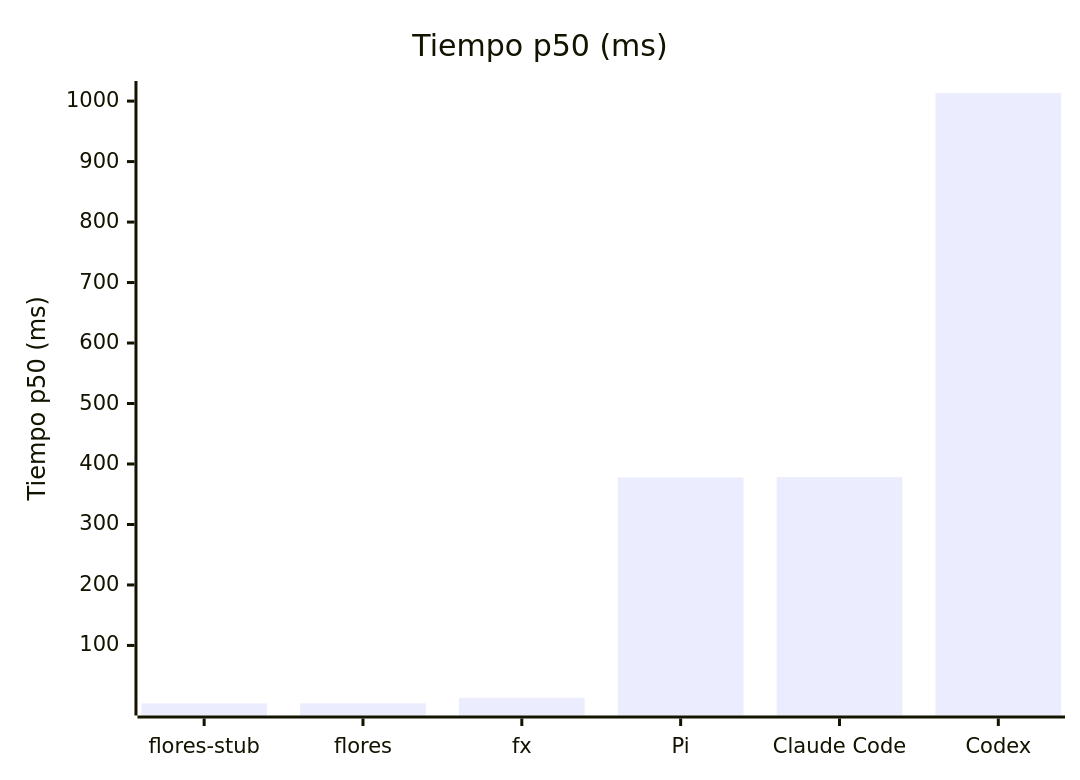
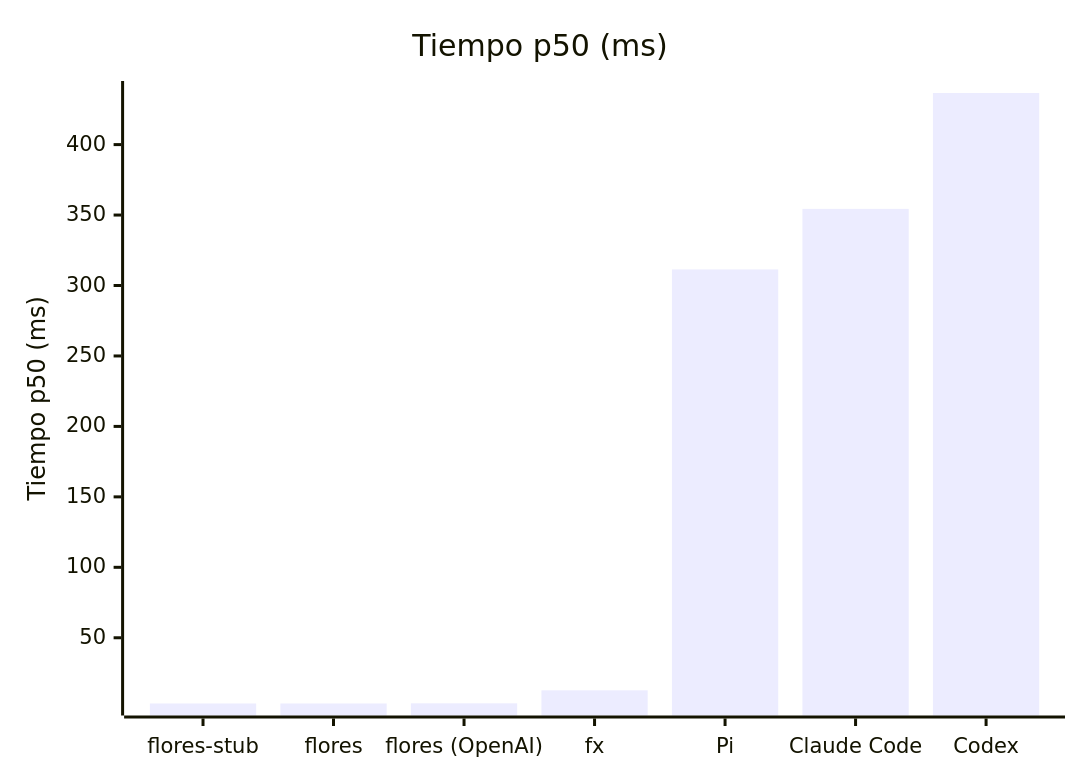
Before and after one commit to sfloresone/flores: the first of 6 diagrams in benchmarks/published/README.md, drawn with Mermaid. The commit also changed other lines of this file and 6 other files, not shown here.

````diff
--- a/benchmarks/published/README.md
+++ b/benchmarks/published/README.md
@@ -117,7 +123,7 @@
 ```mermaid
 xychart-beta
     title "Tiempo p50 (ms)"
-    x-axis ["flores-stub", "flores", "fx", "Pi", "Claude Code", "Codex"]
+    x-axis ["flores-stub", "flores", "flores (OpenAI)", "fx", "Pi", "Claude Code", "Codex"]
     y-axis "Tiempo p50 (ms)"
-    bar [4.00, 4.33, 13.43, 377.72, 378.24, 1013.40]
+    bar [3.35, 3.37, 3.46, 12.69, 311.40, 354.38, 436.62]
 ```
````
